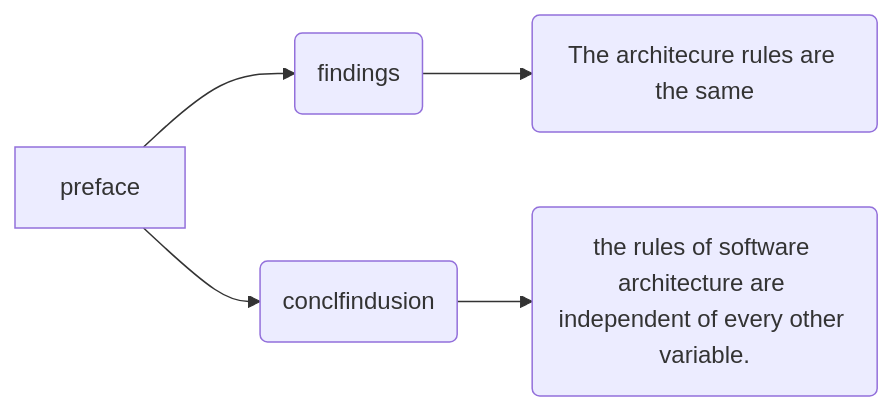
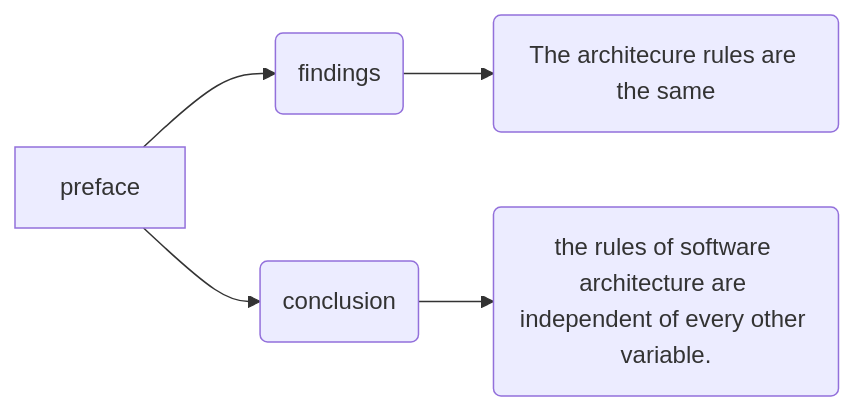
One commit to xuonlyone/reading-minutes changed the first of 6 diagrams in Clean Architecture.md. Above: the diagram before and after it, drawn with Mermaid. The commit also changed other lines of this file, not shown here.

````diff
--- a/Clean Architecture.md
+++ b/Clean Architecture.md
@@ -7,8 +7,8 @@
 ```mermaid
 graph LR;
   preface --> Pre1(findings);
   Pre1 --> Pre11(The architecure rules are the same);
 
-  preface --> Pre2(conclfindusion);
+  preface --> Pre2(conclusion);
   Pre2 --> Pre21(the rules of software architecture are independent of every other variable.);
 ```
````
